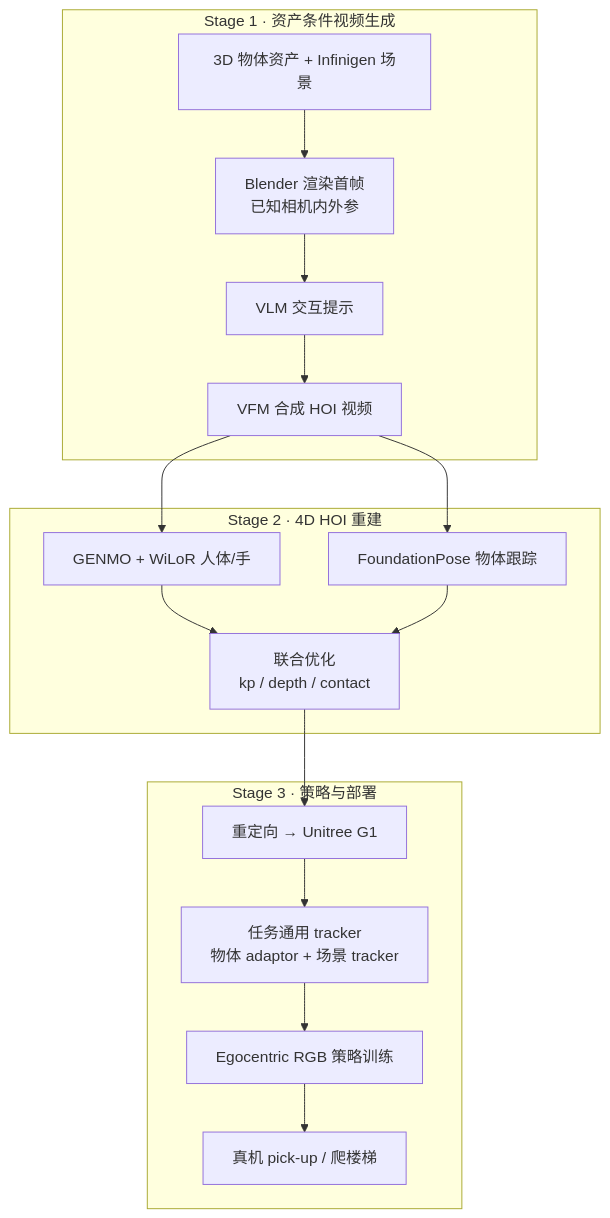
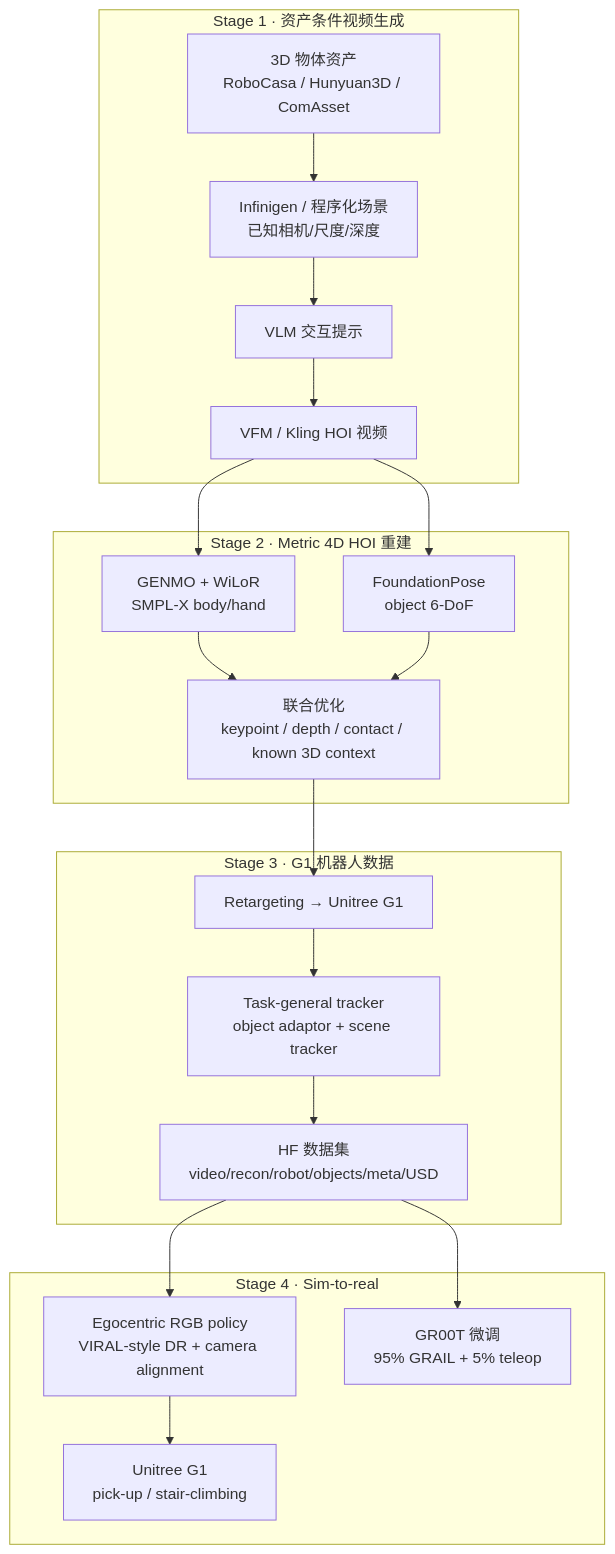
Before and after one commit to ImChong/Robotics_Notebooks: the first of 2 diagrams in wiki/entities/paper-grail.md, drawn with Mermaid. The commit also changed other lines of this file and 87 other files, not shown here.

````diff
--- a/wiki/entities/paper-grail.md
+++ b/wiki/entities/paper-grail.md
@@ -74,26 +66,32 @@
 ```mermaid
 flowchart TB
-  subgraph gen [Stage 1 · 资产条件视频生成]
-    asset["3D 物体资产 + Infinigen 场景"]
-  render["Blender 渲染首帧\n已知相机内外参"]
-    vlm["VLM 交互提示"]
-    vfm["VFM 合成 HOI 视频"]
-    asset --> render --> vlm --> vfm
+  subgraph asset [Stage 1 · 资产条件视频生成]
+    obj["3D 物体资产\nRoboCasa / Hunyuan3D / ComAsset"]
+    scene["Infinigen / 程序化场景\n已知相机/尺度/深度"]
+    prompt["VLM 交互提示"]
+    video["VFM / Kling HOI 视频"]
+    obj --> scene --> prompt --> video
   end
-  subgraph recon [Stage 2 · 4D HOI 重建]
-    pose["GENMO + WiLoR 人体/手"]
-    track["FoundationPose 物体跟踪"]
-    opt["联合优化\nkp / depth / contact"]
-    vfm --> pose
-    vfm --> track
+  subgraph recon [Stage 2 · Metric 4D HOI 重建]
+    body["GENMO + WiLoR\nSMPL-X body/hand"]
+    pose["FoundationPose\nobject 6-DoF"]
+    opt["联合优化\nkeypoint / depth / contact / known 3D context"]
+    video --> body
+    video --> pose
+    body --> opt
     pose --> opt
-    track --> opt
   end
-  subgraph policy [Stage 3 · 策略与部署]
-    retarget["重定向 → Unitree G1"]
-    trackers["任务通用 tracker\n物体 adaptor + 场景 tracker"]
-    rgb["Egocentric RGB 策略训练"]
-    real["真机 pick-up / 爬楼梯"]
-    opt --> retarget --> trackers --> rgb --> real
+  subgraph robot [Stage 3 · G1 机器人数据]
+    retarget["Retargeting → Unitree G1"]
+    tracker["Task-general tracker\nobject adaptor + scene tracker"]
+    dataset["HF 数据集\nvideo/recon/robot/objects/meta/USD"]
+    opt --> retarget --> tracker --> dataset
+  end
+  subgraph deploy [Stage 4 · Sim-to-real]
+    rgb["Egocentric RGB policy\nVIRAL-style DR + camera alignment"]
+    real["Unitree G1\npick-up / stair-climbing"]
+    gr00t["GR00T 微调\n95% GRAIL + 5% teleop"]
+    dataset --> rgb --> real
+    dataset --> gr00t
   end
 ```
````
